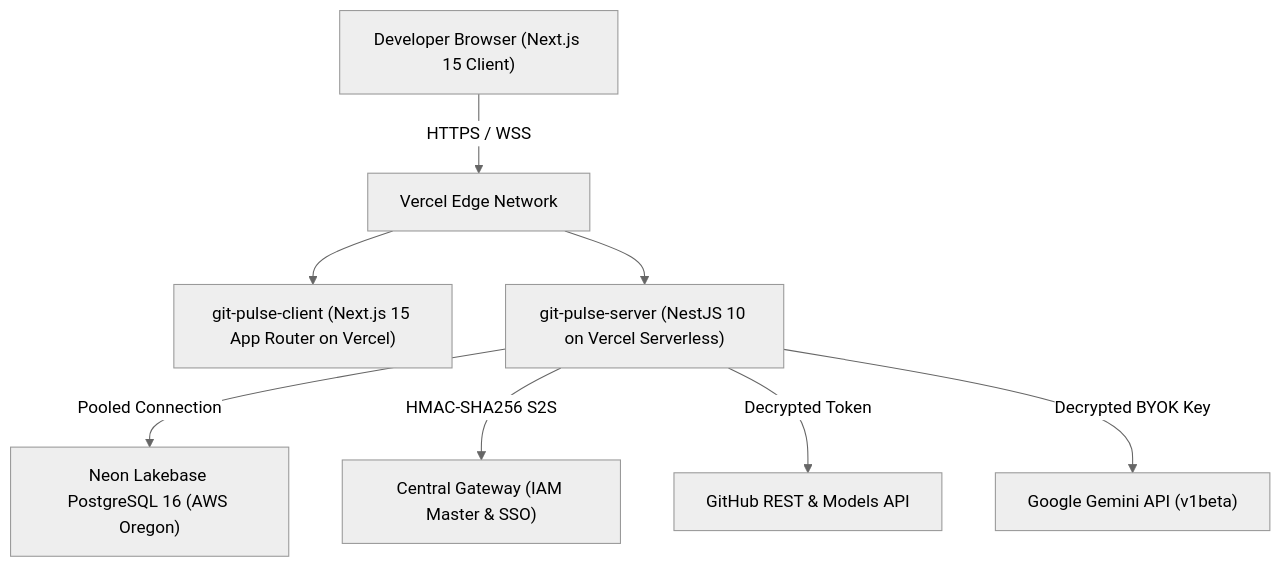
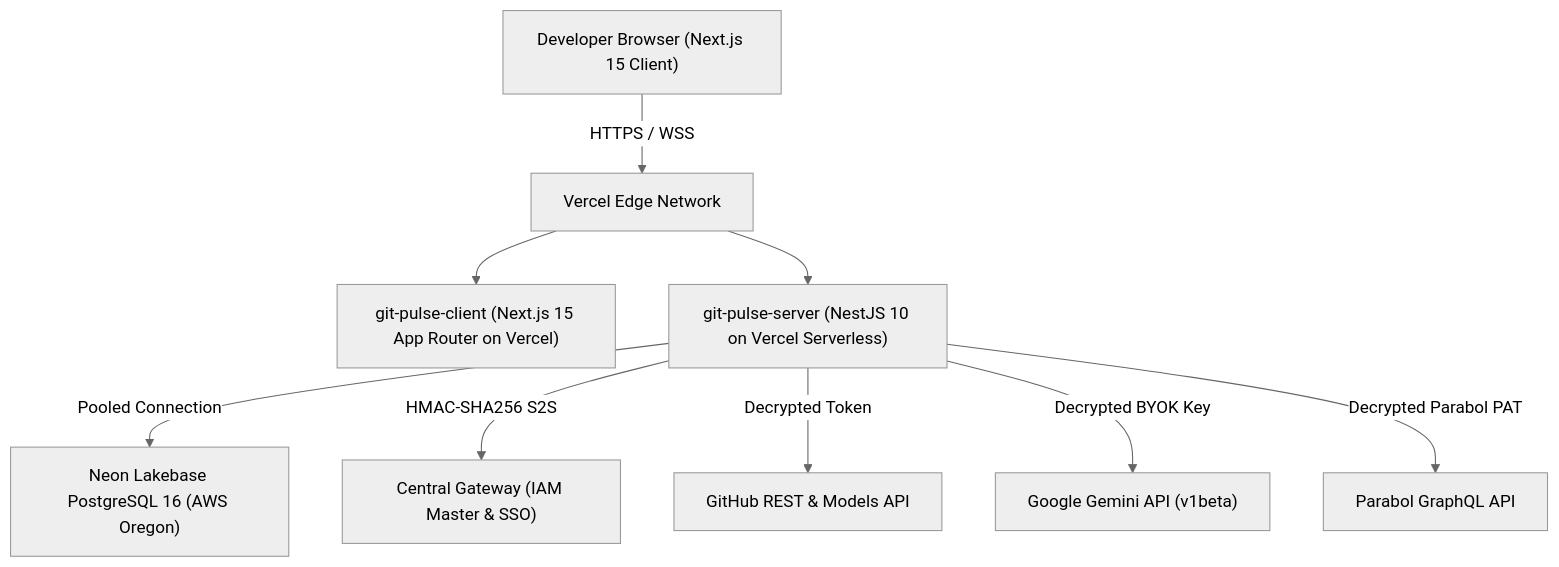
Before and after one commit to thanhba0505/prism-hub: the diagram in docs/git-pulse/architecture.md, drawn with Mermaid (neutral theme). The commit also changed other lines of this file and 3 other files, not shown here.

````diff
--- a/docs/git-pulse/architecture.md
+++ b/docs/git-pulse/architecture.md
@@ -5,10 +5,11 @@
 ```mermaid
 graph TD
     User["Developer Browser (Next.js 15 Client)"] -->|HTTPS / WSS| Edge["Vercel Edge Network"]
     Edge --> ClientApp["git-pulse-client (Next.js 15 App Router on Vercel)"]
     Edge --> ServerAPI["git-pulse-server (NestJS 10 on Vercel Serverless)"]
     ServerAPI -->|Pooled Connection| NeonDB["Neon Lakebase PostgreSQL 16 (AWS Oregon)"]
     ServerAPI -->|HMAC-SHA256 S2S| Gateway["Central Gateway (IAM Master & SSO)"]
     ServerAPI -->|Decrypted Token| GitHubAPI["GitHub REST & Models API"]
     ServerAPI -->|Decrypted BYOK Key| GeminiAPI["Google Gemini API (v1beta)"]
+    ServerAPI -->|Decrypted Parabol PAT| ParabolAPI["Parabol GraphQL API"]
 ```
````
